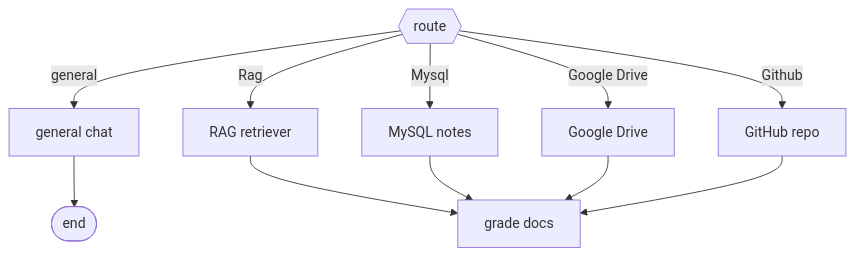
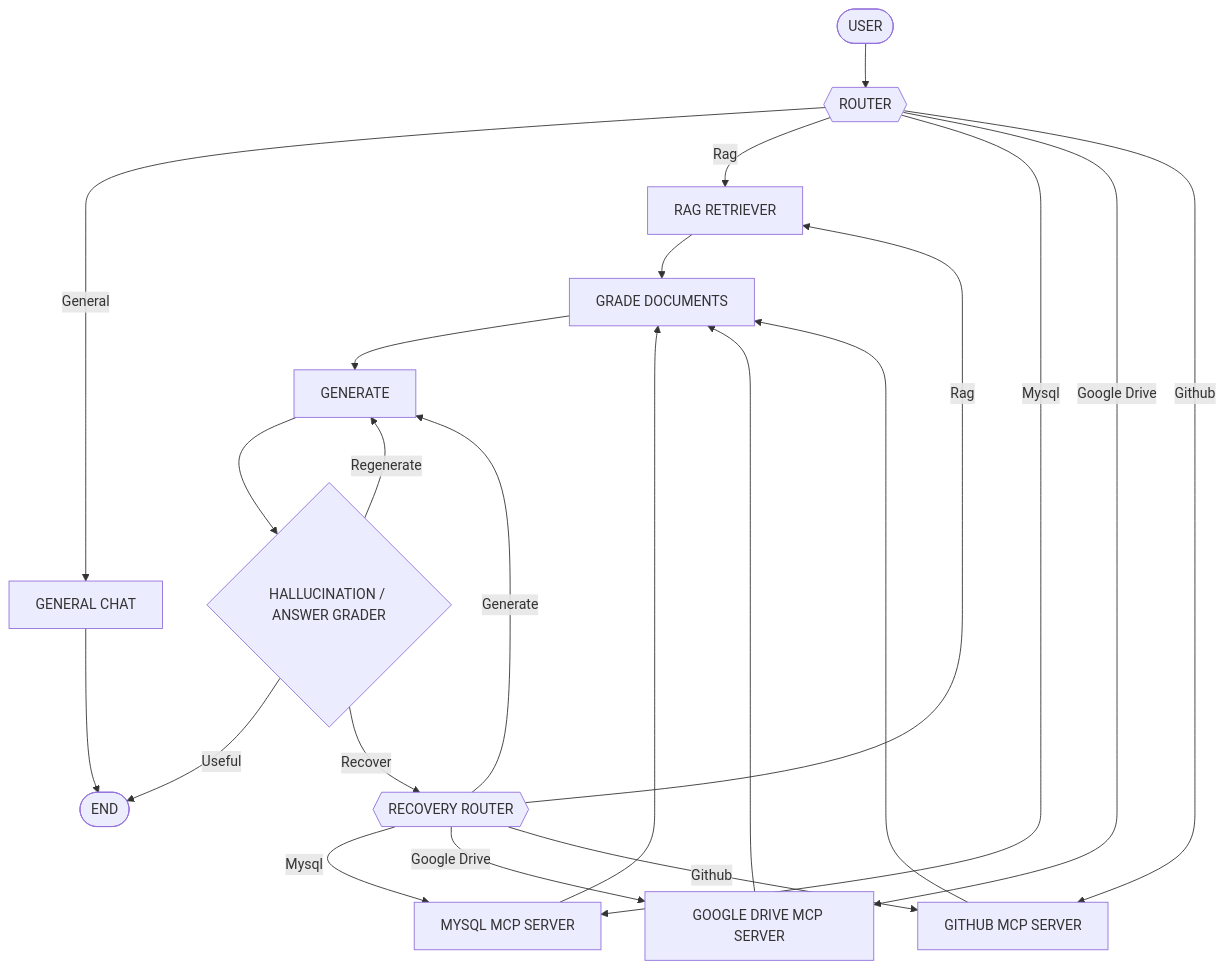
One commit to SalahJamal1/Agentic-RAG-Nexus changed the diagram in README.md. Above: the diagram before and after it, drawn with Mermaid. The commit also changed other lines of this file, not shown here.

Commit message:
Revise flowcharts and add recovery details in README
Updated the flowcharts in the README to reflect new routing logic and added details about the recovery process.

````diff
--- a/README.md
+++ b/README.md
@@ -56,13 +42,31 @@
 ```mermaid
 flowchart TD
-    route{{route}} -- general --> chat[general chat] --> end_([end])
-    route -- "Rag" --> rag[RAG retriever]
-    route -- "Mysql" --> mysql[MySQL notes]
-    route -- "Google Drive" --> drive[Google Drive]
-    route -- "Github" --> github[GitHub repo]
+    user([USER]) --> route{{ROUTER}}
 
-    rag --> next[grade docs]
-    mysql --> next
-    drive --> next
-    github --> next
+    route -->|General| chat[GENERAL CHAT]
+    chat --> end_([END])
+
+    route -->|Rag| rag[RAG RETRIEVER]
+    route -->|Mysql| mysql[MYSQL MCP SERVER]
+    route -->|Google Drive| drive[GOOGLE DRIVE MCP SERVER]
+    route -->|Github| github[GITHUB MCP SERVER]
+
+    rag --> grade[GRADE DOCUMENTS]
+    mysql --> grade
+    drive --> grade
+    github --> grade
+
+    grade --> generate[GENERATE]
+
+    generate --> hallucination{HALLUCINATION / ANSWER GRADER}
+
+    hallucination -->|Useful| end_([END])
+    hallucination -->|Regenerate| generate
+    hallucination -->|Recover| recovery{{RECOVERY ROUTER}}
+
+    recovery -->|Rag| rag
+    recovery -->|Mysql| mysql
+    recovery -->|Google Drive| drive
+    recovery -->|Github| github
+    recovery -->|Generate| generate
 ```
````
